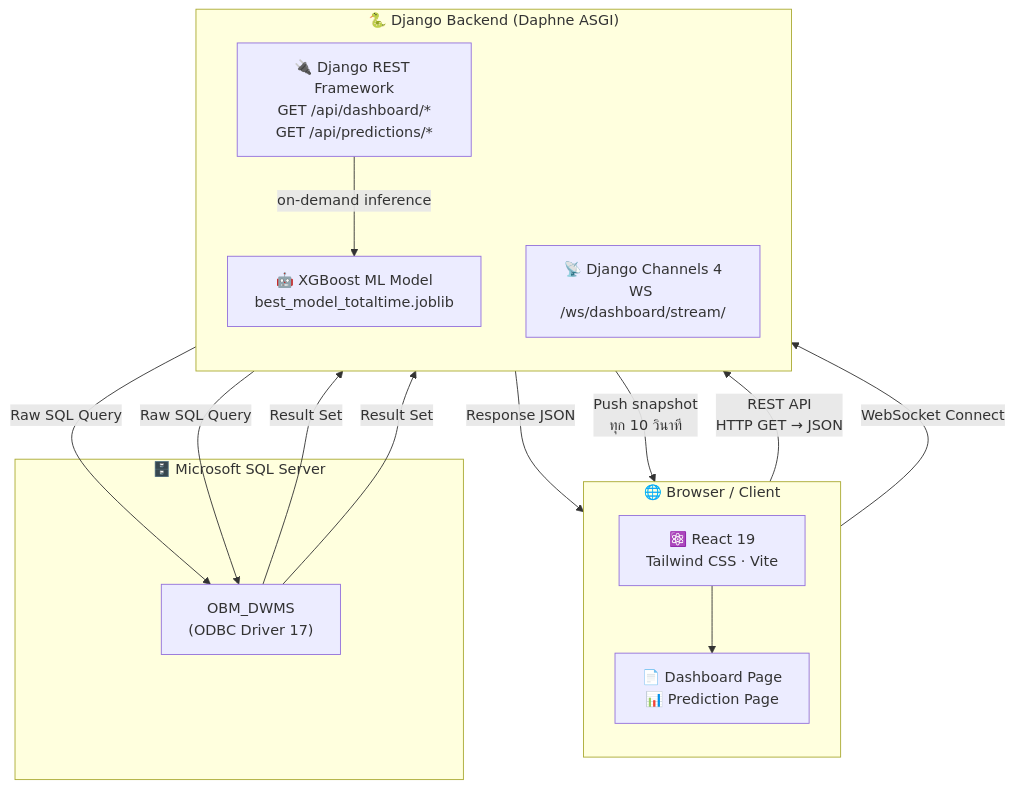
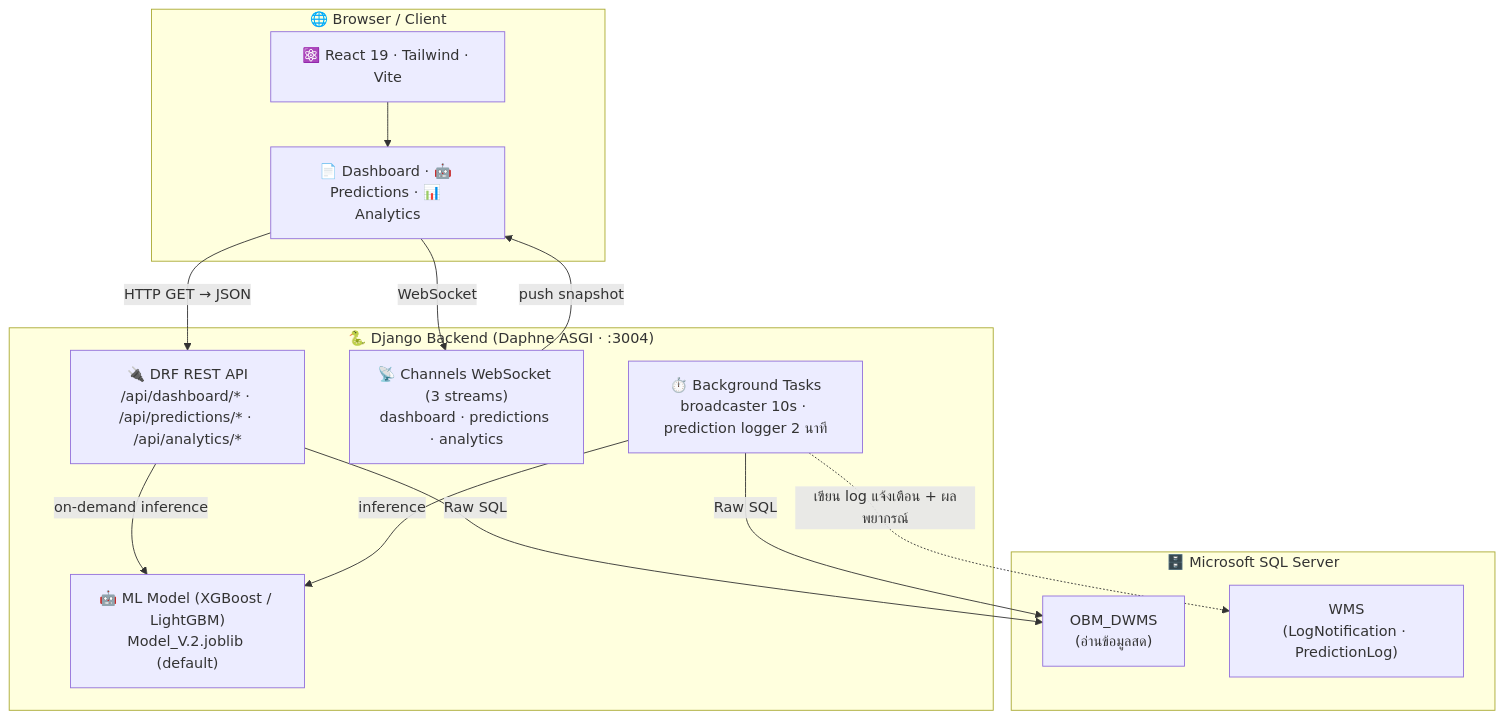
Before and after one commit to pathaipi-scg/WMS: the diagram in README.md, drawn with Mermaid. The commit also changed other lines of this file and 183 other files, not shown here.

````diff
--- a/README.md
+++ b/README.md
@@ -117,33 +220,30 @@
 ```mermaid
 flowchart TB
     subgraph Browser["🌐 Browser / Client"]
-        direction TB
-        FE["⚛️ React 19\nTailwind CSS · Vite"]
-        FE_PAGES["📄 Dashboard Page\n📊 Prediction Page"]
+        FE["⚛️ React 19 · Tailwind · Vite"]
+        FE_PAGES["📄 Dashboard · 🤖 Predictions · 📊 Analytics"]
         FE --> FE_PAGES
     end
 
-    subgraph Backend["🐍 Django Backend (Daphne ASGI)"]
-        direction TB
-        API["🔌 Django REST Framework\nGET /api/dashboard/*\nGET /api/predictions/*"]
-        WS["📡 Django Channels 4\nWS /ws/dashboard/stream/"]
-        ML["🤖 XGBoost ML Model\nbest_model_totaltime.joblib"]
-
-        API -->|"on-demand inference"| ML
+    subgraph Backend["🐍 Django Backend (Daphne ASGI · :3004)"]
+        API["🔌 DRF REST API\n/api/dashboard/* · /api/predictions/* · /api/analytics/*"]
+        WS["📡 Channels WebSocket (3 streams)\ndashboard · predictions · analytics"]
+        BG["⏱️ Background Tasks\nbroadcaster 10s · prediction logger 2 นาที"]
+        ML["🤖 ML Model (XGBoost / LightGBM)\nModel_V.2.joblib (default)"]
+        API -->|on-demand inference| ML
+        BG -->|inference| ML
     end
 
     subgraph DB["🗄️ Microsoft SQL Server"]
-        DWMS["OBM_DWMS\n(ODBC Driver 17)"]
+        DWMS["OBM_DWMS\n(อ่านข้อมูลสด)"]
+        WMSDB["WMS\n(LogNotification · PredictionLog)"]
     end
 
-    FE_PAGES -->|"REST API\nHTTP GET → JSON"| API
-    API -->|"Response JSON"| FE_PAGES
+    FE_PAGES -->|HTTP GET → JSON| API
+    FE_PAGES -->|WebSocket| WS
+    WS -->|push snapshot| FE_PAGES
 
-    FE_PAGES -->|"WebSocket Connect"| WS
-    WS -->|"Push snapshot\nทุก 10 วินาที"| FE_PAGES
-
-    API -->|"Raw SQL Query"| DWMS
-    WS -->|"Raw SQL Query"| DWMS
-    DWMS -->|"Result Set"| API
-    DWMS -->|"Result Set"| WS
+    API -->|Raw SQL| DWMS
+    BG -->|Raw SQL| DWMS
+    BG -.->|เขียน log แจ้งเตือน + ผลพยากรณ์| WMSDB
 ```
````
